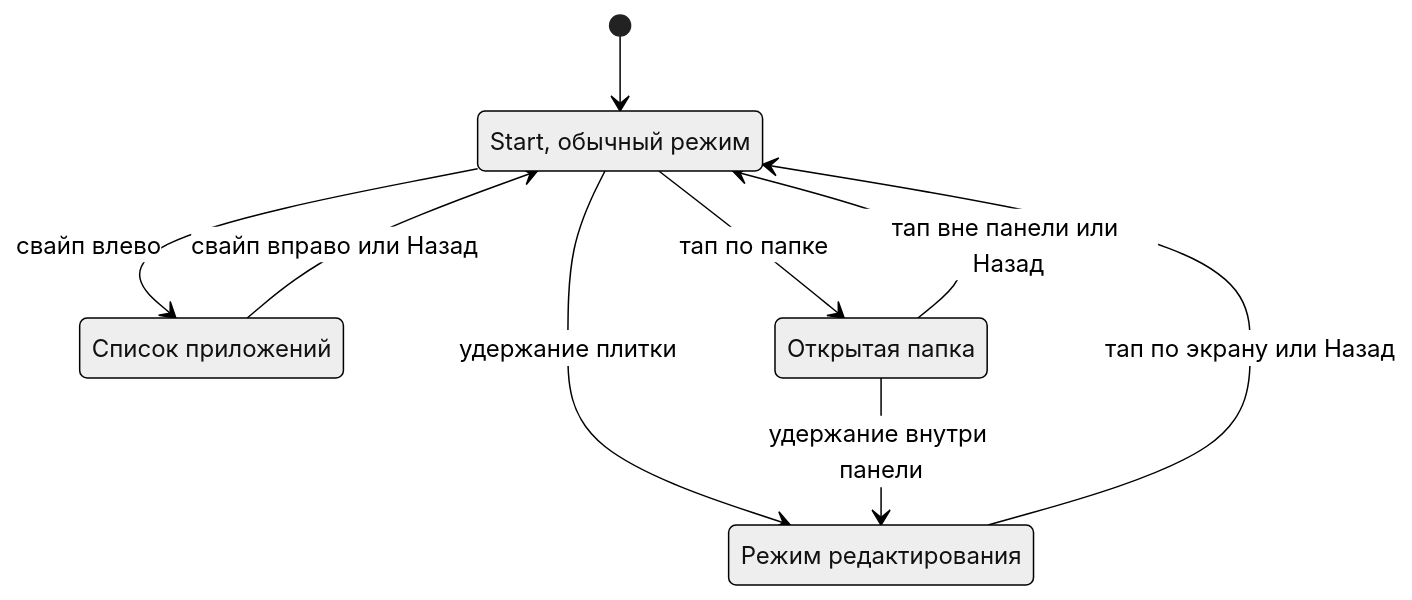
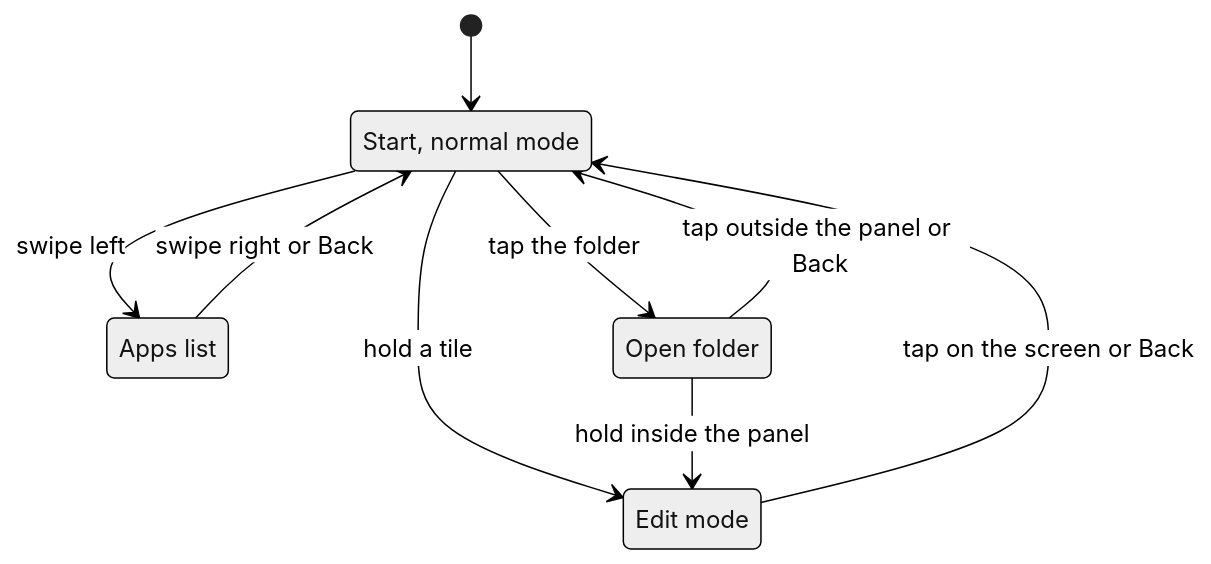
One commit to ihodorchenko/TesseraKit changed the fourth of 4 diagrams in docs/W10M-STARTSCREEN.md. Above: the diagram before and after it, drawn with Mermaid (neutral theme). The commit also changed other lines of this file and 85 other files, not shown here.

````diff
--- a/docs/W10M-STARTSCREEN.md
+++ b/docs/W10M-STARTSCREEN.md
@@ -349,16 +351,16 @@
 ```mermaid
 stateDiagram-v2
-    state "Start, обычный режим" as A1
-    state "Режим редактирования" as A2
-    state "Список приложений" as A3
-    state "Открытая папка" as A4
+    state "Start, normal mode" as A1
+    state "Edit mode" as A2
+    state "Apps list" as A3
+    state "Open folder" as A4
 
     [*] --> A1
-    A1 --> A2: удержание плитки
-    A2 --> A1: тап по экрану или Назад
-    A1 --> A3: свайп влево
-    A3 --> A1: свайп вправо или Назад
-    A1 --> A4: тап по папке
-    A4 --> A1: тап вне панели или Назад
-    A4 --> A2: удержание внутри панели
+    A1 --> A2: hold a tile
+    A2 --> A1: tap on the screen or Back
+    A1 --> A3: swipe left
+    A3 --> A1: swipe right or Back
+    A1 --> A4: tap the folder
+    A4 --> A1: tap outside the panel or Back
+    A4 --> A2: hold inside the panel
 ```
````
